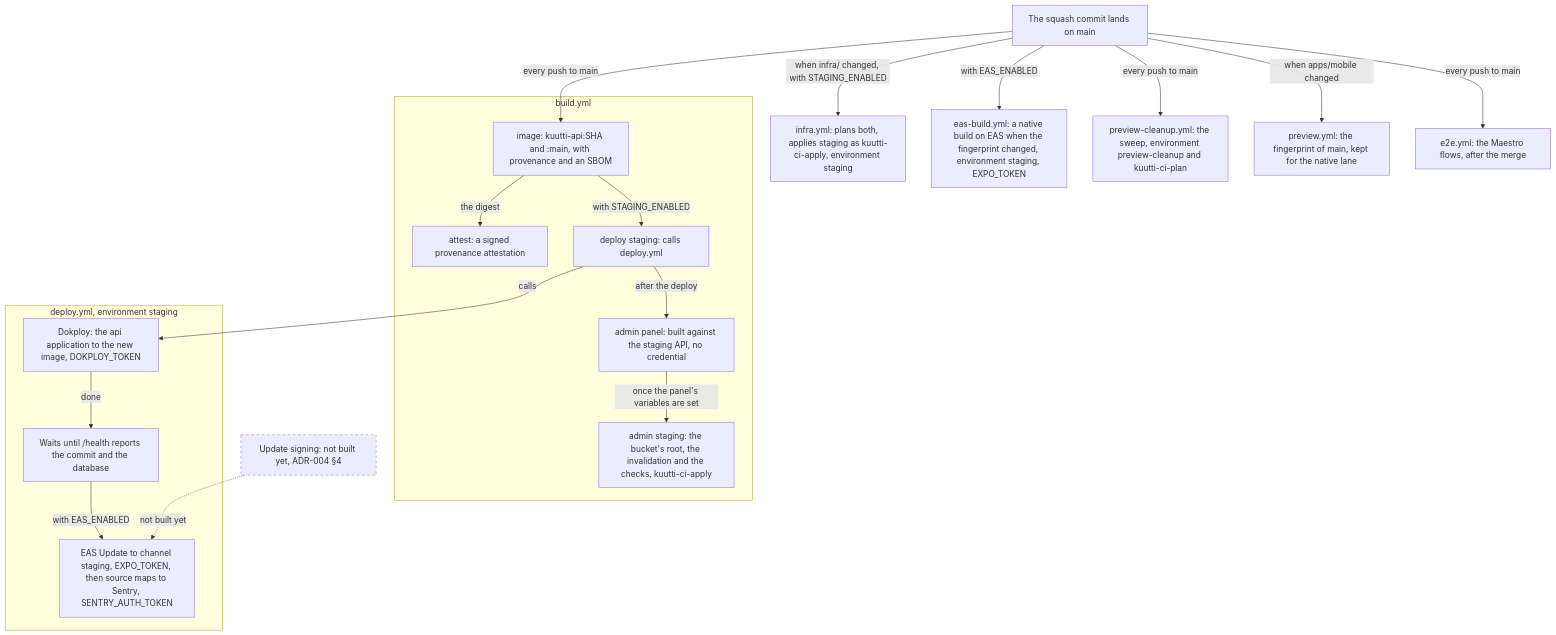
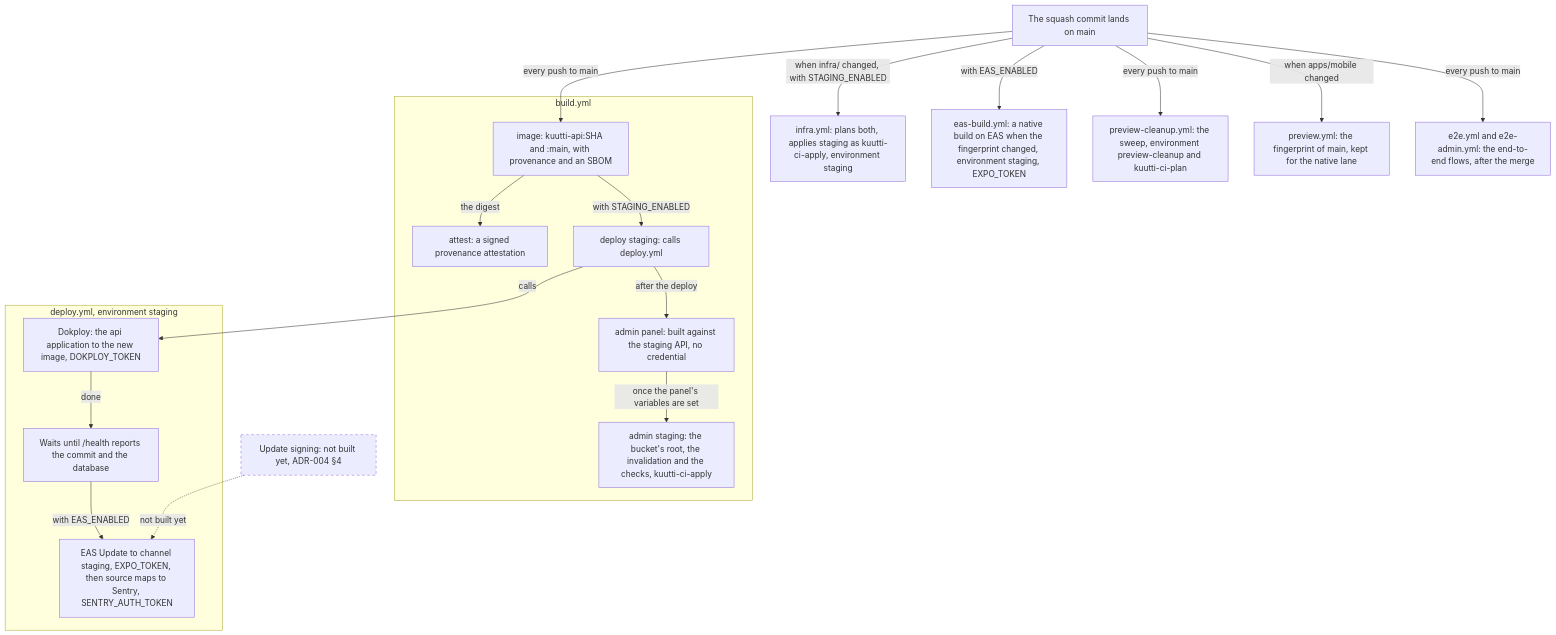
The second of 3 diagrams in docs/architecture/delivery.md (kuutti-ry/kuutti-app), drawn with Mermaid before and after one commit. The commit also changed other lines of this file and 26 other files, not shown here.

````diff
--- a/docs/architecture/delivery.md
+++ b/docs/architecture/delivery.md
@@ -85,39 +86,39 @@
 ```mermaid
 flowchart TB
   accTitle: Delivery, part 2: a merge to main
-  accDescr: A merge pushes the API image for the commit with provenance and an attestation, deploys it to staging's Dokploy, waits for /health and publishes the EAS Update to the staging channel, then builds and uploads the admin panel. Beside it, infra.yml applies staging, eas-build.yml starts a native build when the fingerprint changed, the sweep removes old previews and the Maestro flows run. Update signing is not built.
+  accDescr: A merge pushes the API image for the commit with provenance and an attestation, deploys it to staging's Dokploy, waits for /health and publishes the EAS Update to the staging channel, then builds and uploads the admin panel. Beside it, infra.yml applies staging, eas-build.yml starts a native build when the fingerprint changed, the sweep removes old previews and the end-to-end flows run. Update signing is not built.
   n14["The squash commit lands on main"]
   subgraph buildyml["build.yml"]
     n15["image: kuutti-api:SHA and :main, with provenance and an SBOM"]
     n16["attest: a signed provenance attestation"]
     n17["deploy staging: calls deploy.yml"]
     n18["admin panel: built against the staging API, no credential"]
     n19["admin staging: the bucket's root, the invalidation and the checks, kuutti-ci-apply"]
   end
   subgraph deployyml["deploy.yml, environment staging"]
     n20["Dokploy: the api application to the new image, DOKPLOY_TOKEN"]
     n21["Waits until /health reports the commit and the database"]
     n22["EAS Update to channel staging, EXPO_TOKEN, then source maps to Sentry, SENTRY_AUTH_TOKEN"]
   end
   n23["infra.yml: plans both, applies staging as kuutti-ci-apply, environment staging"]
   n24["eas-build.yml: a native build on EAS when the fingerprint changed, environment staging, EXPO_TOKEN"]
   n25["preview-cleanup.yml: the sweep, environment preview-cleanup and kuutti-ci-plan"]
   n26["preview.yml: the fingerprint of main, kept for the native lane"]
-  n27["e2e.yml: the Maestro flows, after the merge"]
+  n27["e2e.yml and e2e-admin.yml: the end-to-end flows, after the merge"]
   n28["Update signing: not built yet, ADR-004 §4"]:::notbuilt
   n14 -->|"every push to main"| n15
   n15 -->|"the digest"| n16
   n15 -->|"with STAGING_ENABLED"| n17
   n17 -->|"calls"| n20
   n20 -->|"done"| n21
   n21 -->|"with EAS_ENABLED"| n22
   n17 -->|"after the deploy"| n18
   n18 -->|"once the panel's variables are set"| n19
   n14 -->|"when infra/ changed, with STAGING_ENABLED"| n23
   n14 -->|"with EAS_ENABLED"| n24
   n14 -->|"every push to main"| n25
   n14 -->|"when apps/mobile changed"| n26
   n14 -->|"every push to main"| n27
   n28 -.->|"not built yet"| n22
   classDef notbuilt stroke-dasharray: 5 5
 ```
````
